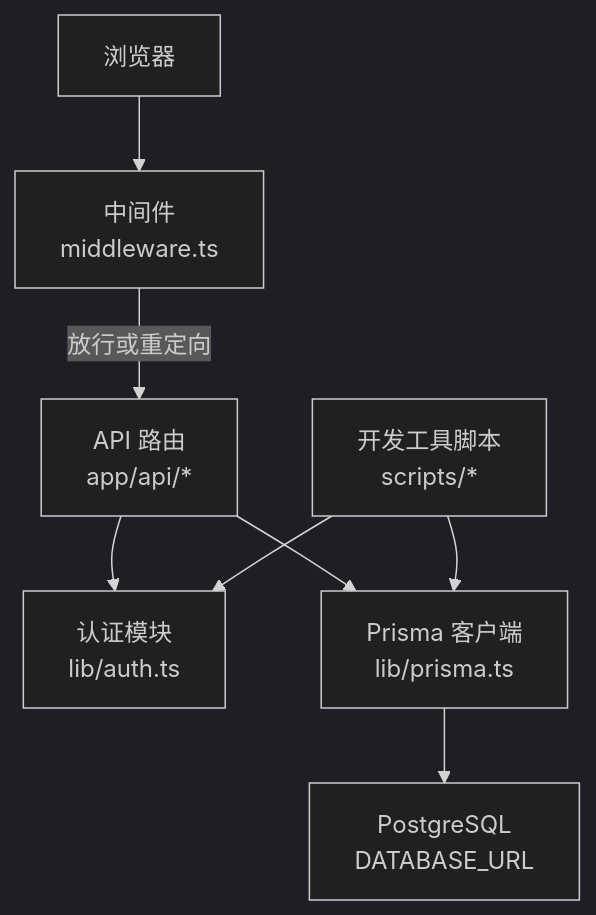
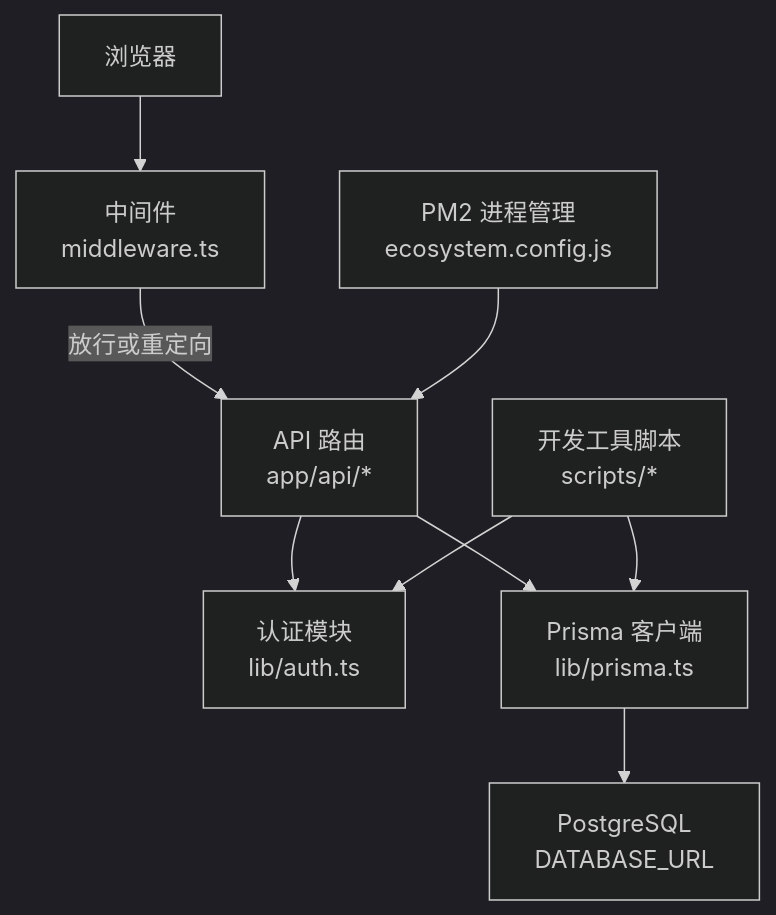
The second of 8 diagrams in .qoder/repowiki/zh/content/开发指南/开发指南.md (kangkang919/xinya), drawn with Mermaid (dark theme) before and after one commit. The commit also changed other lines of this file and 9 other files, not shown here.

````diff
--- a/.qoder/repowiki/zh/content/开发指南/开发指南.md
+++ b/.qoder/repowiki/zh/content/开发指南/开发指南.md
@@ -125,17 +139,19 @@
 ```mermaid
 graph TB
 U["浏览器"]
 MW["中间件<br/>middleware.ts"]
 API["API 路由<br/>app/api/*"]
 AUTH["认证模块<br/>lib/auth.ts"]
 DB["Prisma 客户端<br/>lib/prisma.ts"]
 PG["PostgreSQL<br/>DATABASE_URL"]
 SCRIPTS["开发工具脚本<br/>scripts/*"]
+PM2["PM2 进程管理<br/>ecosystem.config.js"]
 U --> MW
 MW --> |放行或重定向| API
 API --> AUTH
 API --> DB
 DB --> PG
 SCRIPTS --> DB
 SCRIPTS --> AUTH
+PM2 --> API
 ```
````
